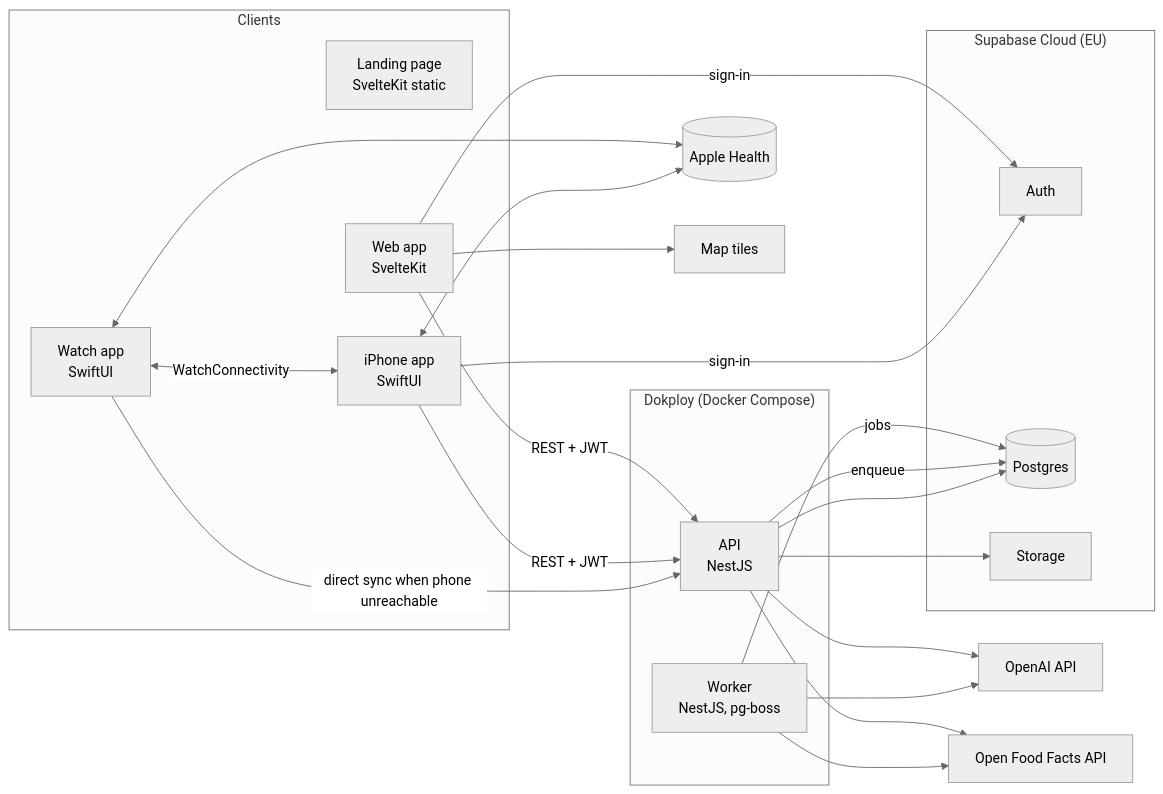
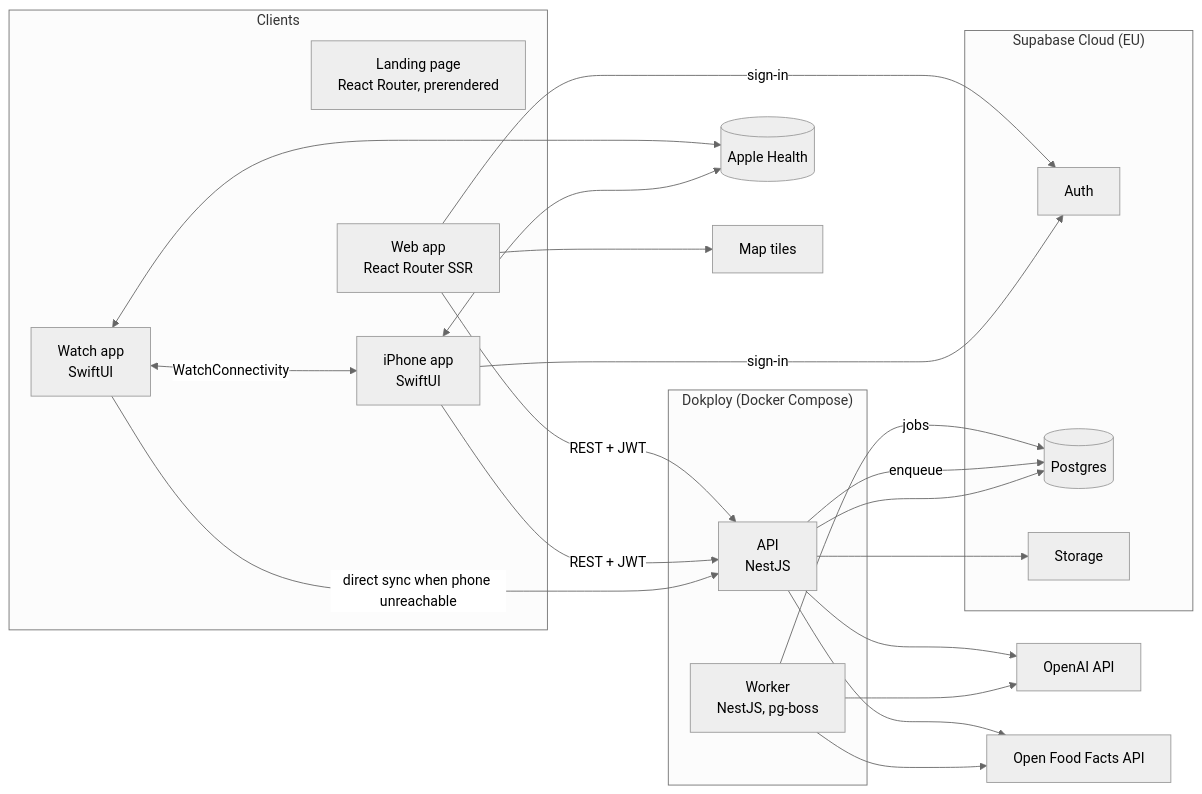
One commit to soeenplop/enduva changed the diagram in docs/plan/02-architecture.md. Above: the diagram before and after it, drawn with Mermaid (neutral theme). The commit also changed other lines of this file and 5 other files, not shown here.

First line of the commit message:
docs(plan): switch web and landing to React Router and apply owner decisions

````diff
--- a/docs/plan/02-architecture.md
+++ b/docs/plan/02-architecture.md
@@ -5,43 +5,43 @@
 ```mermaid
 flowchart LR
   subgraph Clients
-    LP[Landing page<br/>SvelteKit static]
-    WEB[Web app<br/>SvelteKit]
+    LP[Landing page<br/>React Router, prerendered]
+    WEB[Web app<br/>React Router SSR]
     IOS[iPhone app<br/>SwiftUI]
     WATCH[Watch app<br/>SwiftUI]
   end
 
   subgraph Dokploy["Dokploy (Docker Compose)"]
     API[API<br/>NestJS]
     WORKER[Worker<br/>NestJS, pg-boss]
   end
 
   subgraph Supabase["Supabase Cloud (EU)"]
     AUTH[Auth]
     PG[(Postgres)]
     STORE[Storage]
   end
 
   HK[(Apple Health)]
   OAI[OpenAI API]
   OFF[Open Food Facts API]
   TILES[Map tiles]
 
   WATCH <-- WatchConnectivity --> IOS
   WATCH -- direct sync when phone unreachable --> API
   IOS <--> HK
   WATCH <--> HK
   IOS -- REST + JWT --> API
   WEB -- REST + JWT --> API
   IOS -- sign-in --> AUTH
   WEB -- sign-in --> AUTH
   API --> PG
   API --> STORE
   API -- enqueue --> PG
   WORKER -- jobs --> PG
   WORKER --> OAI
   API --> OAI
   WORKER --> OFF
   API --> OFF
   WEB --> TILES
 ```
````
